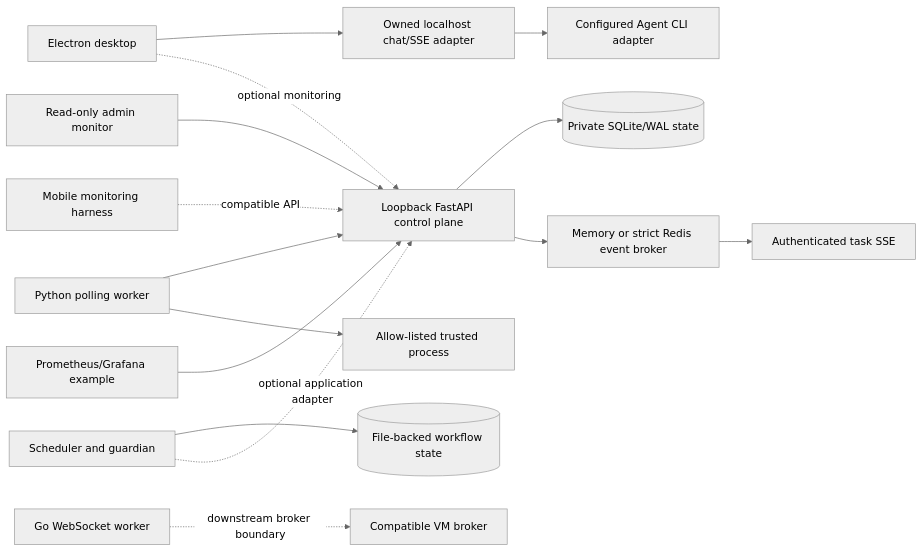
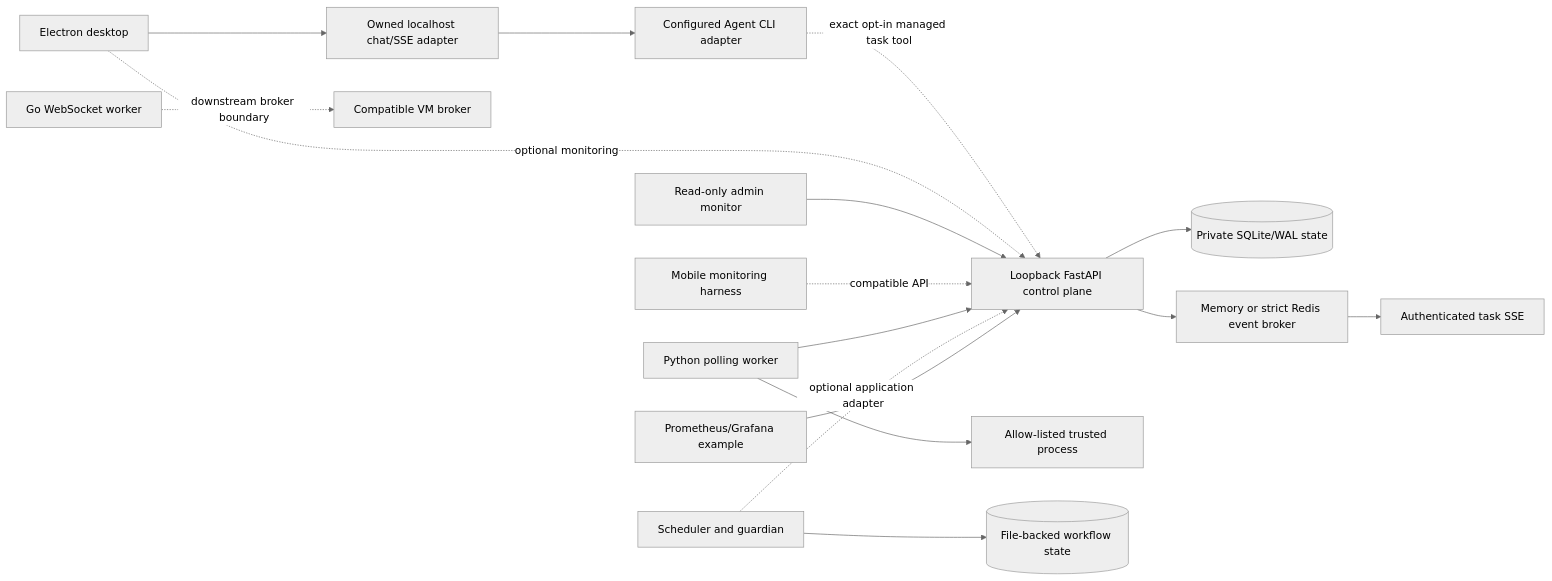
The diagram in docs/architecture.md (primorLee/agent-workflow-platform), drawn with Mermaid (neutral theme) before and after one commit. The commit also changed other lines of this file and 27 other files, not shown here.

````diff
--- a/docs/architecture.md
+++ b/docs/architecture.md
@@ -12,17 +26,18 @@
 ```mermaid
 flowchart LR
     Desktop[Electron desktop] --> Local[Owned localhost chat/SSE adapter]
     Local --> CLI[Configured Agent CLI adapter]
+    CLI -. exact opt-in managed task tool .-> API
     Desktop -. optional monitoring .-> API[Loopback FastAPI control plane]
     Admin[Read-only admin monitor] --> API
     Mobile[Mobile monitoring harness] -. compatible API .-> API
     API --> DB[(Private SQLite/WAL state)]
     API --> Broker[Memory or strict Redis event broker]
     Broker --> SSE[Authenticated task SSE]
     Worker[Python polling worker] --> API
     Worker --> Process[Allow-listed trusted process]
     VM[Go WebSocket worker] -. downstream broker boundary .-> Adapter[Compatible VM broker]
     Flow[Scheduler and guardian] --> State[(File-backed workflow state)]
     Flow -. optional application adapter .-> API
     Metrics[Prometheus/Grafana example] --> API
 ```
````
